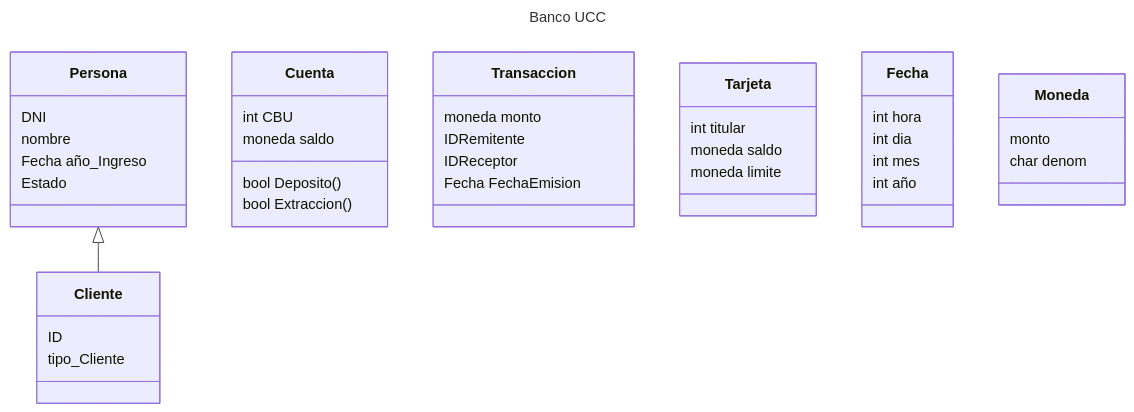
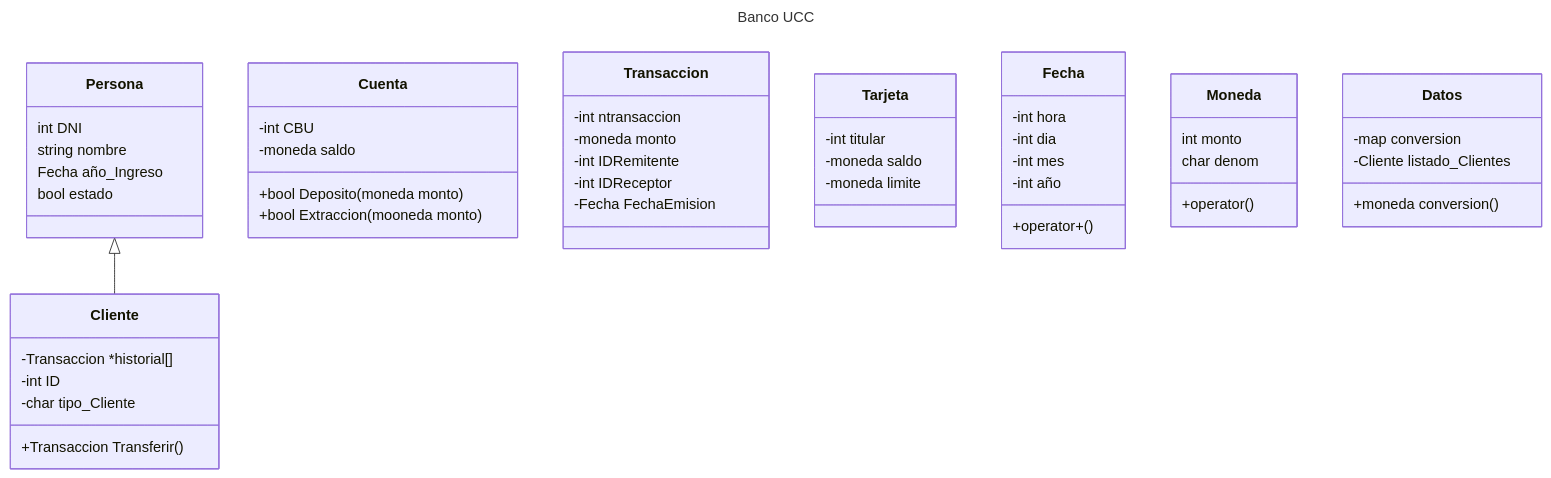
The diagram in design.md (CantoniJulian/BancoUCC-ProyectoPOO), drawn with Mermaid before and after one commit.

Commit message:
Diseño2

````diff
--- a/design.md
+++ b/design.md
@@ -1,60 +1,65 @@
 ```mermaid
 ---
 title: Banco UCC
 ---
 classDiagram
     class Persona{
-      DNI
-      nombre
+      int DNI
+      string nombre
       Fecha año_Ingreso
-      Estado
+      bool estado
     }
     Cuenta
     Persona <|-- Cliente
     
 
     class Cuenta{
-        int CBU
-        moneda saldo
-        bool Deposito()
-        bool Extraccion()
+        -int CBU
+        -moneda saldo
+        +bool Deposito(moneda monto)
+        +bool Extraccion(mooneda monto)
     }
 
     class Transaccion{
-        moneda monto
-        IDRemitente
-        IDReceptor
-        Fecha FechaEmision
+        -int ntransaccion
+        -moneda monto
+        -int IDRemitente
+        -int IDReceptor
+        -Fecha FechaEmision
     }
     
     class Tarjeta{
-        int titular
-        moneda saldo
-        moneda limite
+        -int titular
+        -moneda saldo
+        -moneda limite
     }
 
-    
     class Cliente{
-        ID
-        tipo_Cliente
-
-        
+        -Transaccion *historial[]
+        -int ID
+        -char tipo_Cliente
+        +Transaccion Transferir()
     }
 
     class Fecha{
-        int hora
-        int dia
-        int mes
-        int año
+        -int hora
+        -int dia
+        -int mes
+        -int año
+        +operator+()
     }
 
     class Moneda{
-        monto
+        int monto
         char denom
+        +operator()
+
     }
 
+    class Datos{
+        -map<char, int> conversion
+        -Cliente listado_Clientes
+        +moneda conversion()
 
-
-
-
+    }
 ```
````
